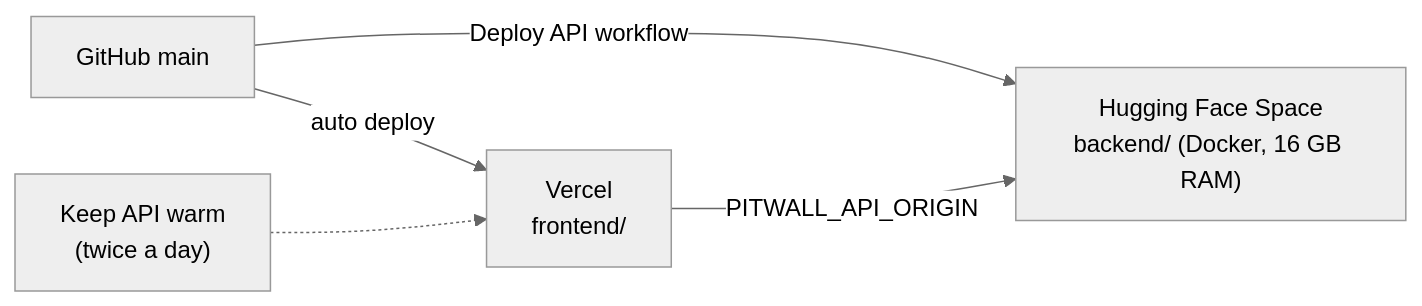
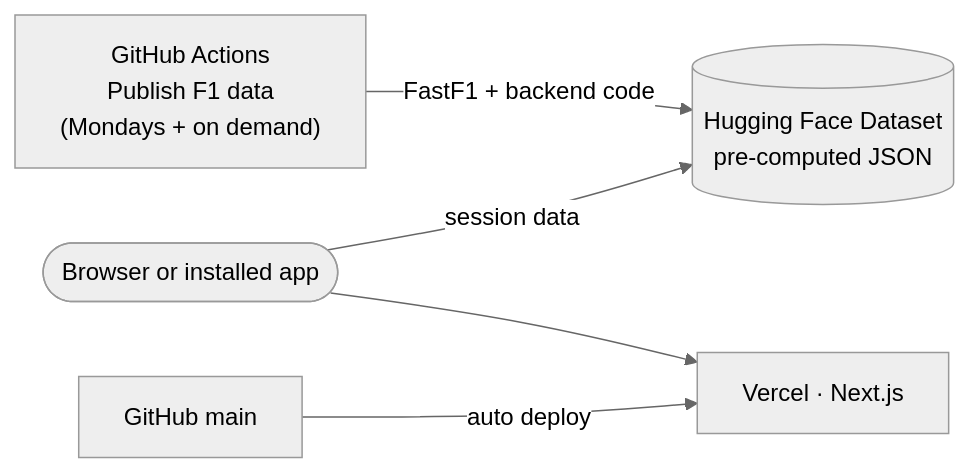
The fourth of 4 diagrams in README.md (ultron513/F1-Telemetry-Dashboard-2025), drawn with Mermaid (neutral theme) before and after one commit. The commit also changed other lines of this file and 14 other files, not shown here.

First line of the commit message:
Add free static deployment: pre-computed data on a Hugging Face Dataset

````diff
--- a/README.md
+++ b/README.md
@@ -462,7 +467,7 @@
 ```mermaid
 flowchart LR
-    GH["GitHub main"] -->|"auto deploy"| V["Vercel<br/>frontend/"]
-    GH -->|"Deploy API workflow"| H["Hugging Face Space<br/>backend/ (Docker, 16 GB RAM)"]
-    V -->|"PITWALL_API_ORIGIN"| H
-    K["Keep API warm<br/>(twice a day)"] -.-> V
+    GA["GitHub Actions<br/>Publish F1 data<br/>(Mondays + on demand)"] -->|"FastF1 + backend code"| D[("Hugging Face Dataset<br/>pre-computed JSON")]
+    U([Browser or installed app]) --> V["Vercel · Next.js"]
+    U -->|"session data"| D
+    GH["GitHub main"] -->|"auto deploy"| V
 ```
````
